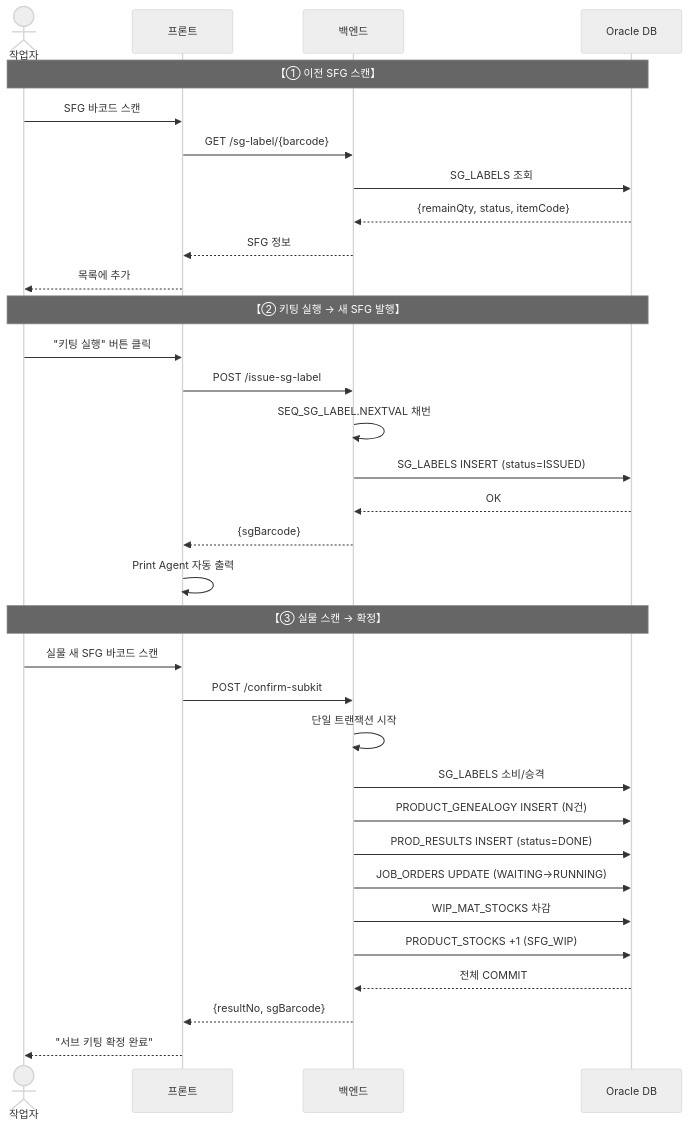
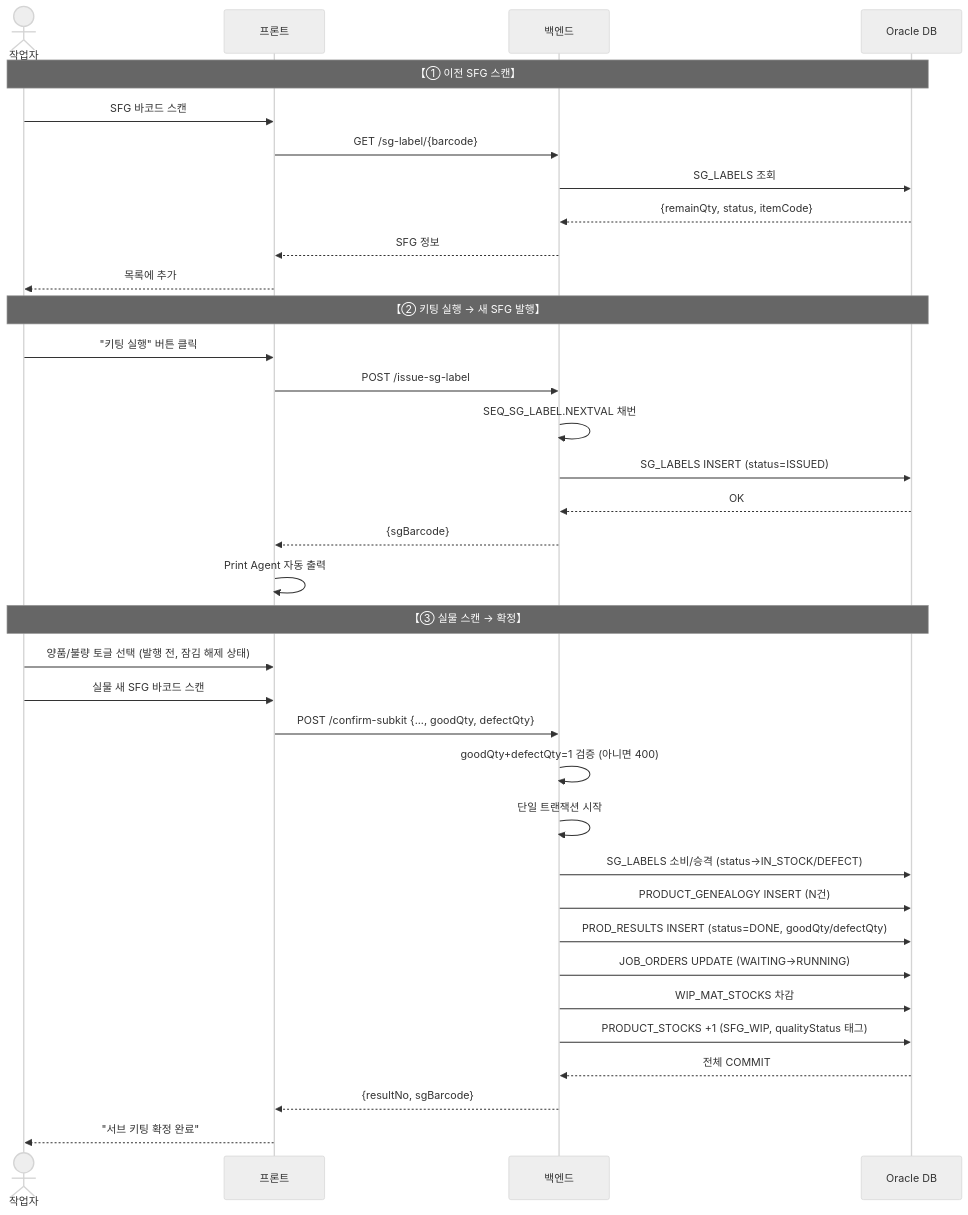
Before and after one commit to YouHyuksoo/HANES: the second of 6 diagrams in docs/business-logics/PROD_KITTING.md, drawn with Mermaid (neutral theme). The commit also changed other lines of this file and 3 other files, not shown here.

````diff
--- a/docs/business-logics/PROD_KITTING.md
+++ b/docs/business-logics/PROD_KITTING.md
@@ -96,39 +100,41 @@
 ```mermaid
 %%{init: {'sequence': {'actorFontSize': 10, 'noteFontSize': 10, 'messageFontSize': 10}}}%%
 sequenceDiagram
     actor U as 작업자
     participant C as 프론트
     participant S as 백엔드
     participant D as Oracle DB
 
     Note over U,D: 【① 이전 SFG 스캔】
     U->>C: SFG 바코드 스캔
     C->>S: GET /sg-label/{barcode}
     S->>D: SG_LABELS 조회
     D-->>S: {remainQty, status, itemCode}
     S-->>C: SFG 정보
     C-->>U: 목록에 추가
 
     Note over U,D: 【② 키팅 실행 → 새 SFG 발행】
     U->>C: "키팅 실행" 버튼 클릭
     C->>S: POST /issue-sg-label
     S->>S: SEQ_SG_LABEL.NEXTVAL 채번
     S->>D: SG_LABELS INSERT (status=ISSUED)
     D-->>S: OK
     S-->>C: {sgBarcode}
     C->>C: Print Agent 자동 출력
 
     Note over U,D: 【③ 실물 스캔 → 확정】
+    U->>C: 양품/불량 토글 선택 (발행 전, 잠김 해제 상태)
     U->>C: 실물 새 SFG 바코드 스캔
-    C->>S: POST /confirm-subkit
+    C->>S: POST /confirm-subkit {..., goodQty, defectQty}
+    S->>S: goodQty+defectQty=1 검증 (아니면 400)
     S->>S: 단일 트랜잭션 시작
-    S->>D: SG_LABELS 소비/승격
+    S->>D: SG_LABELS 소비/승격 (status→IN_STOCK/DEFECT)
     S->>D: PRODUCT_GENEALOGY INSERT (N건)
-    S->>D: PROD_RESULTS INSERT (status=DONE)
+    S->>D: PROD_RESULTS INSERT (status=DONE, goodQty/defectQty)
     S->>D: JOB_ORDERS UPDATE (WAITING→RUNNING)
     S->>D: WIP_MAT_STOCKS 차감
-    S->>D: PRODUCT_STOCKS +1 (SFG_WIP)
+    S->>D: PRODUCT_STOCKS +1 (SFG_WIP, qualityStatus 태그)
     D-->>S: 전체 COMMIT
     S-->>C: {resultNo, sgBarcode}
     C-->>U: "서브 키팅 확정 완료"
 ```
````
